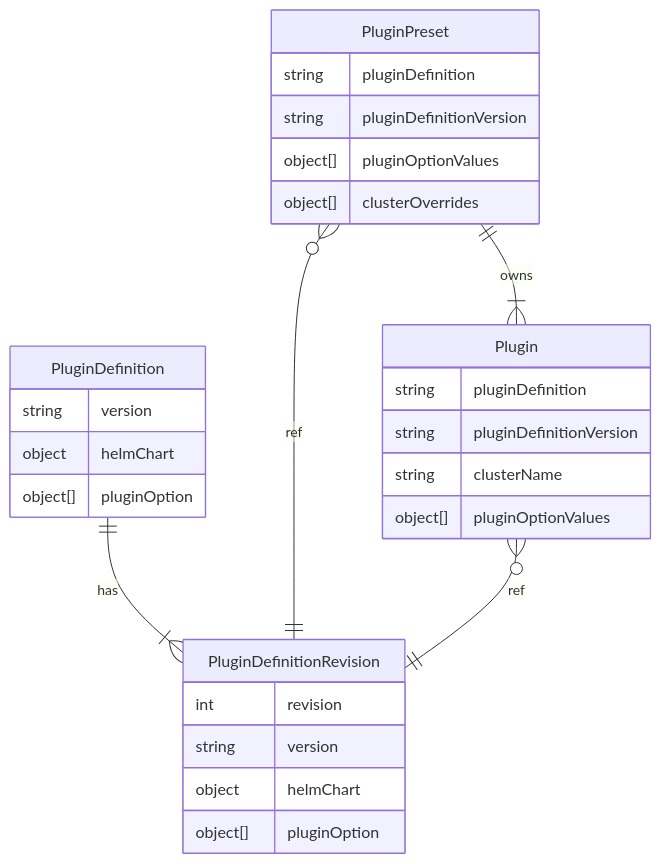
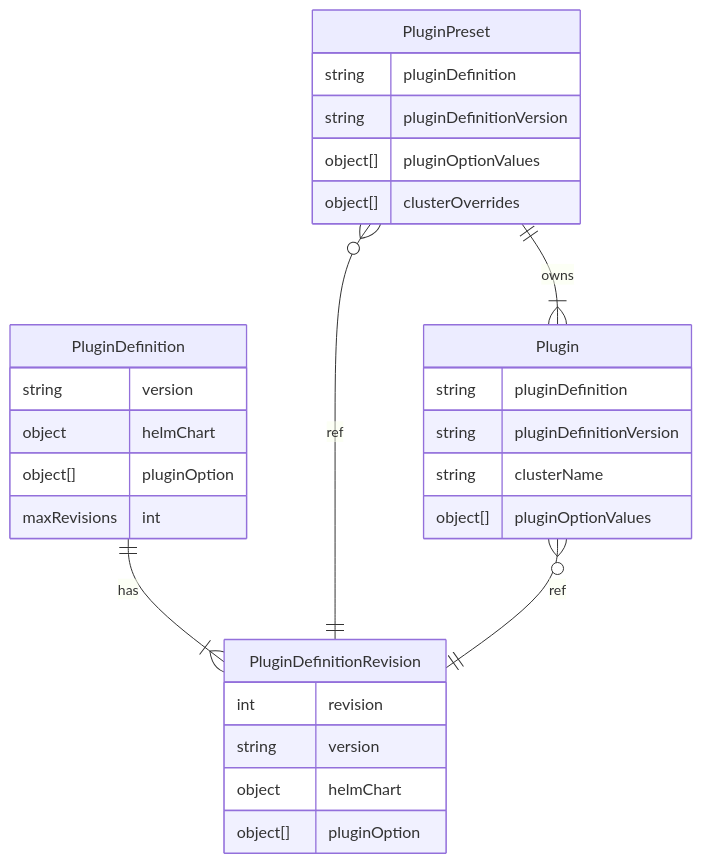
One commit to cloudoperators/documentation changed the fourth of 4 diagrams in architecture-decision-records/011-greenhouse-plugin-lifecycle.md. Above: the diagram before and after it, drawn with Mermaid. The commit also changed other lines of this file, not shown here.

````diff
--- a/architecture-decision-records/011-greenhouse-plugin-lifecycle.md
+++ b/architecture-decision-records/011-greenhouse-plugin-lifecycle.md
@@ -365,35 +368,36 @@
 ```mermaid
 erDiagram
 PluginDefinition ||--|{ PluginDefinitionRevision : has 
 PluginPreset }o--|| PluginDefinitionRevision : ref
 Plugin }o--|| PluginDefinitionRevision : ref
 PluginPreset ||--|{ Plugin : owns
 
 PluginDefinition {
     string    version
     object    helmChart
     object[]  pluginOption
+    maxRevisions int
 }
 
 PluginDefinitionRevision {
     int       revision
     string    version
     object    helmChart
     object[]  pluginOption
 }
 
 Plugin {
     string    pluginDefinition
     string    pluginDefinitionVersion
     string    clusterName
     object[]  pluginOptionValues
 }
 
 PluginPreset {
     string    pluginDefinition
     string    pluginDefinitionVersion
     object[]  pluginOptionValues
     object[]  clusterOverrides
 
 }
 ```
````
